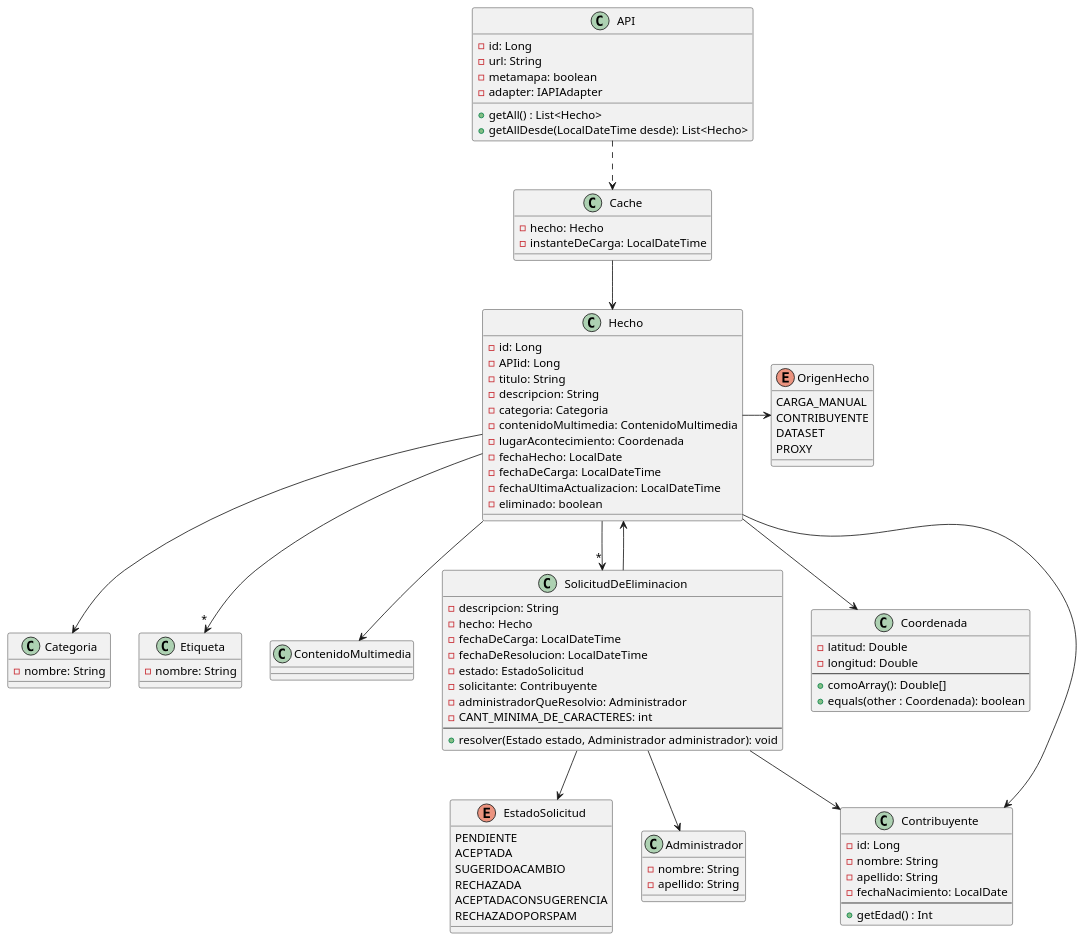
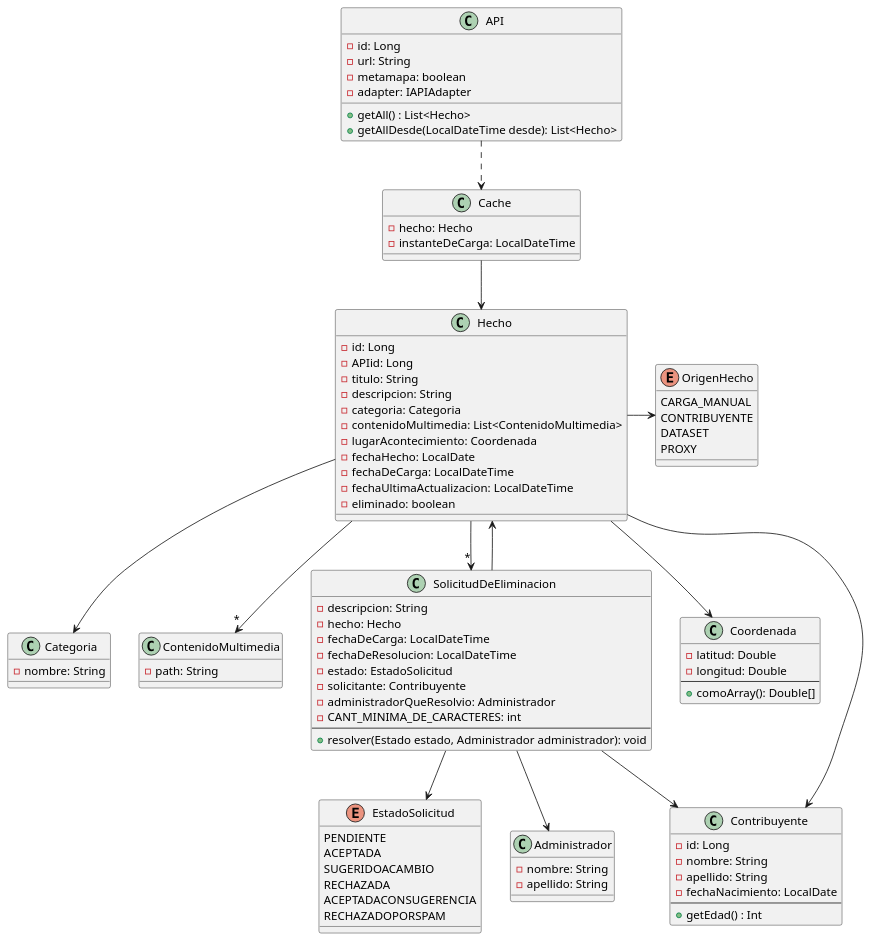
The diagram in fuente-proxy/ddcFuenteProxy.puml (faustorod1/MetaMapa), drawn with PlantUML before and after one commit. The commit also changed 15 other files, not shown here.

```diff
--- a/fuente-proxy/ddcFuenteProxy.puml
+++ b/fuente-proxy/ddcFuenteProxy.puml
@@ -1,111 +1,106 @@
 @startuml
 
 class Hecho{
 - id: Long
 - APIid: Long
 - titulo: String
 - descripcion: String
 - categoria: Categoria
-- contenidoMultimedia: ContenidoMultimedia
+- contenidoMultimedia: List<ContenidoMultimedia>
 - lugarAcontecimiento: Coordenada
 - fechaHecho: LocalDate
 - fechaDeCarga: LocalDateTime
 - fechaUltimaActualizacion: LocalDateTime
 - eliminado: boolean
 }
 
 enum OrigenHecho{
 CARGA_MANUAL
 CONTRIBUYENTE
 DATASET
 PROXY
 }
 
 class Categoria{
 - nombre: String
 }
 
-class Etiqueta{
-- nombre: String
-}
-
 class ContenidoMultimedia{
+- path: String
 }
 
 class SolicitudDeEliminacion{
 - descripcion: String
 - hecho: Hecho
 - fechaDeCarga: LocalDateTime
 - fechaDeResolucion: LocalDateTime
 - estado: EstadoSolicitud
 - solicitante: Contribuyente
 - administradorQueResolvio: Administrador
 - CANT_MINIMA_DE_CARACTERES: int
 --
 + resolver(Estado estado, Administrador administrador): void
 }
 
 enum EstadoSolicitud {
     PENDIENTE
     ACEPTADA
     SUGERIDOACAMBIO
     RECHAZADA
     ACEPTADACONSUGERENCIA
     RECHAZADOPORSPAM
 }
 
 
 class Coordenada{
 - latitud: Double
 - longitud: Double
 --
 + comoArray(): Double[]
-+ equals(other : Coordenada): boolean
 }
 
 class Administrador{
 - nombre: String
 - apellido: String
 }
 
 class Contribuyente{
 - id: Long
 - nombre: String
 - apellido: String
 - fechaNacimiento: LocalDate
 --
 + getEdad() : Int
 }
 
 class API{
--  id: Long
+- id: Long
 - url: String
 - metamapa: boolean
 - adapter: IAPIAdapter
 
 + getAll() : List<Hecho>
 + getAllDesde(LocalDateTime desde): List<Hecho>
 }
 
 class Cache {
-  - hecho: Hecho
-  - instanteDeCarga: LocalDateTime
-  }
+- hecho: Hecho
+- instanteDeCarga: LocalDateTime
+}
 
 Hecho --> Categoria
 Hecho --> Coordenada
 Hecho -->"*" SolicitudDeEliminacion
-Hecho --> ContenidoMultimedia
+Hecho -->"*" ContenidoMultimedia
 Hecho -r-> OrigenHecho
-Hecho -->"*" Etiqueta
 Hecho --> Contribuyente
 
 Cache --> Hecho
 API ..> Cache
 
 SolicitudDeEliminacion --> Hecho
 SolicitudDeEliminacion -d-> EstadoSolicitud
 SolicitudDeEliminacion --> Contribuyente
 SolicitudDeEliminacion --> Administrador
 
 @enduml
```
